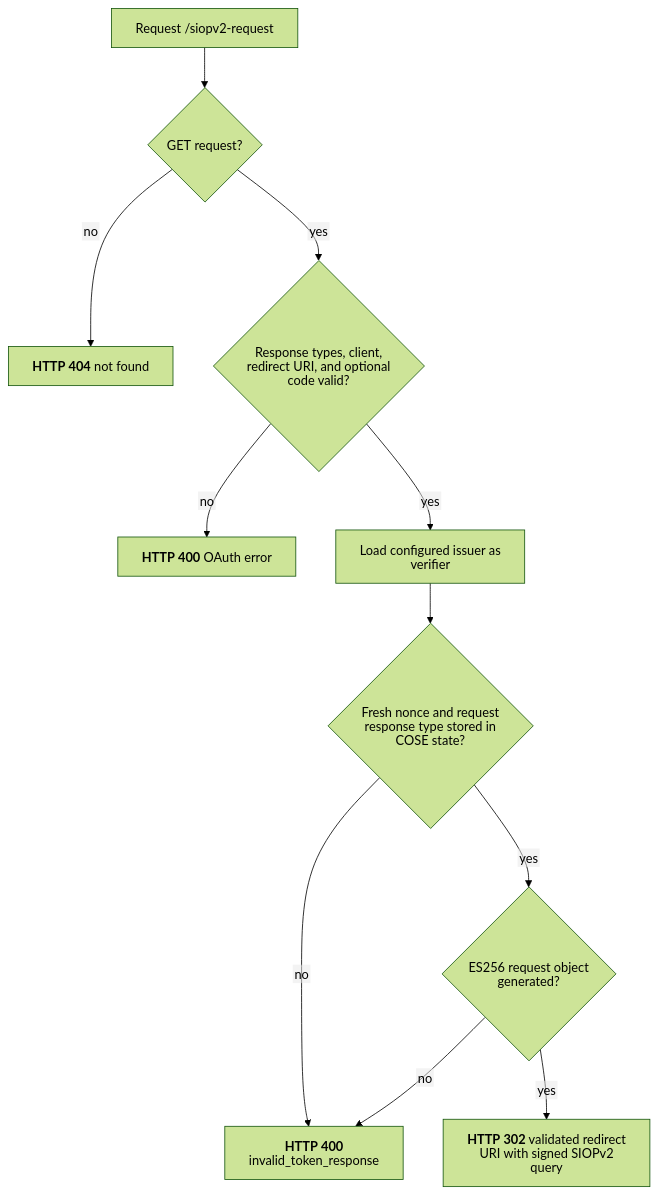
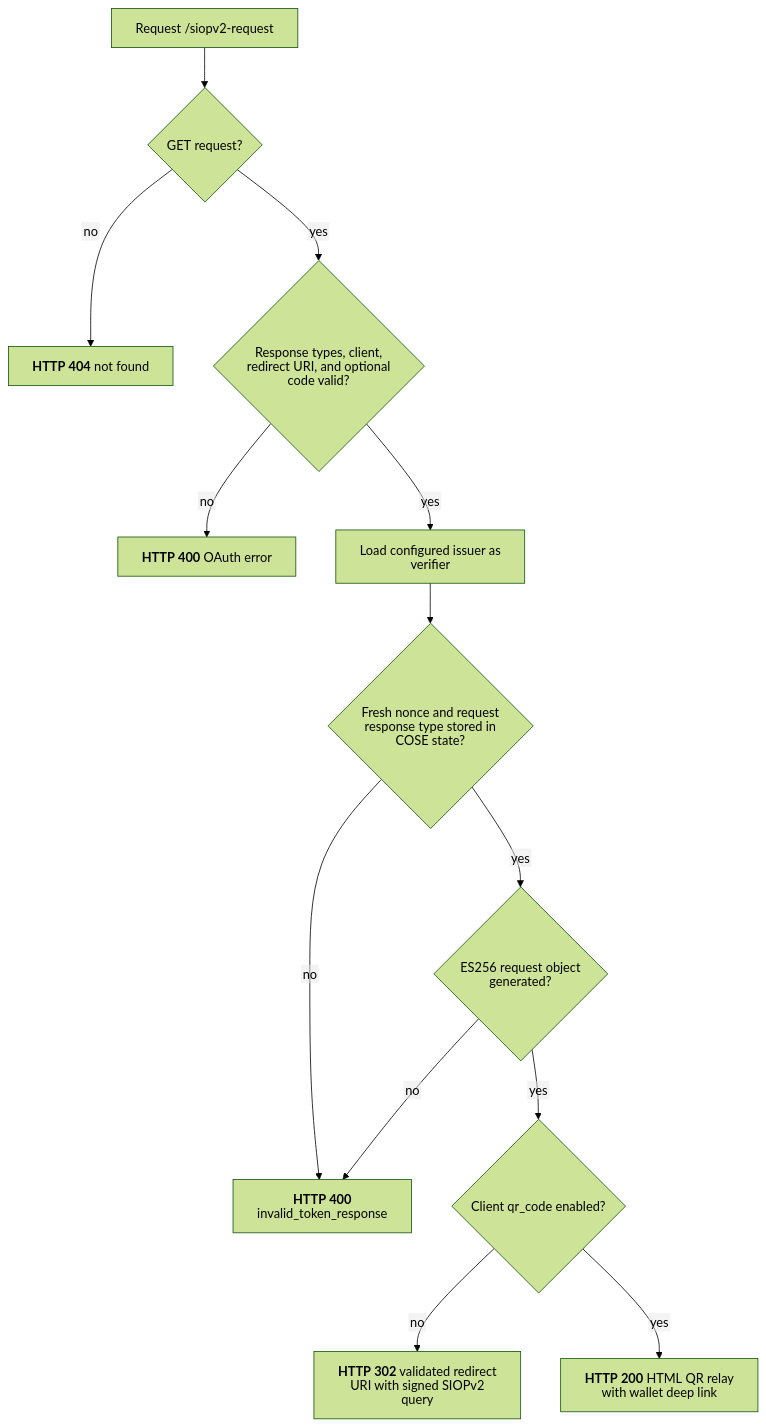
The diagram in docs/flows/siopv2/authorization_request_endpoint.mmd (malach-it/kagome), drawn with Mermaid (forest theme) before and after one commit. The commit also changed 35 other files, not shown here.

```diff
--- a/docs/flows/siopv2/authorization_request_endpoint.mmd
+++ b/docs/flows/siopv2/authorization_request_endpoint.mmd
@@ -1,12 +1,14 @@
 %%{init: {"htmlLabels": false, "flowchart": {"htmlLabels": false}}}%%
 flowchart TD
     start[Request /siopv2-request] --> method{GET request?}
     method -- no --> not_found["`**HTTP 404** not found`"]
     method -- yes --> oauth{Response types, client, redirect URI, and optional code valid?}
     oauth -- no --> request_error["`**HTTP 400** OAuth error`"]
     oauth -- yes --> issuer[Load configured issuer as verifier]
     issuer --> state{Fresh nonce and request response type stored in COSE state?}
     state -- no --> generation_error["`**HTTP 400** invalid_token_response`"]
     state -- yes --> signed{ES256 request object generated?}
     signed -- no --> generation_error
-    signed -- yes --> success["`**HTTP 302** validated redirect URI with signed SIOPv2 query`"]
+    signed -- yes --> delivery{Client qr_code enabled?}
+    delivery -- no --> success["`**HTTP 302** validated redirect URI with signed SIOPv2 query`"]
+    delivery -- yes --> qr["`**HTTP 200** HTML QR relay with wallet deep link`"]
```
